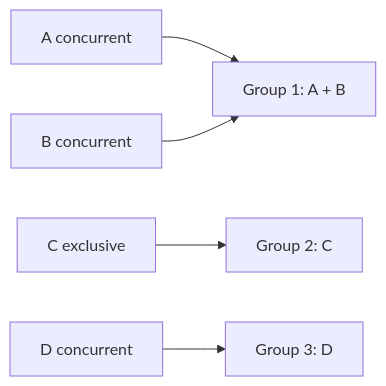
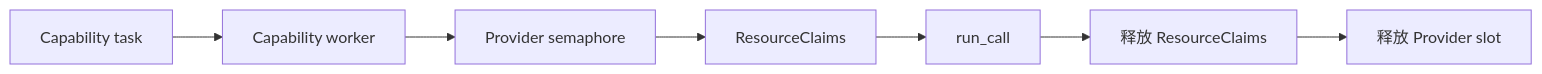
Before and after one commit to Arthur999459up/GitAgent: the fifth of 13 diagrams in docs/06-execution-and-concurrency.md, drawn with Mermaid. The commit also changed other lines of this file and 3 other files, not shown here.

````diff
--- a/docs/06-execution-and-concurrency.md
+++ b/docs/06-execution-and-concurrency.md
@@ -105,7 +290,9 @@
 ```mermaid
 flowchart LR
-    A[A concurrent] --> G1[Group 1: A + B]
-    B[B concurrent] --> G1
-    C[C exclusive] --> G2[Group 2: C]
-    D[D concurrent] --> G3[Group 3: D]
+    A[Capability task] --> B[Capability worker]
+    B --> C[Provider semaphore]
+    C --> D[ResourceClaims]
+    D --> E[run_call]
+    E --> F[释放 ResourceClaims]
+    F --> G[释放 Provider slot]
 ```
````
